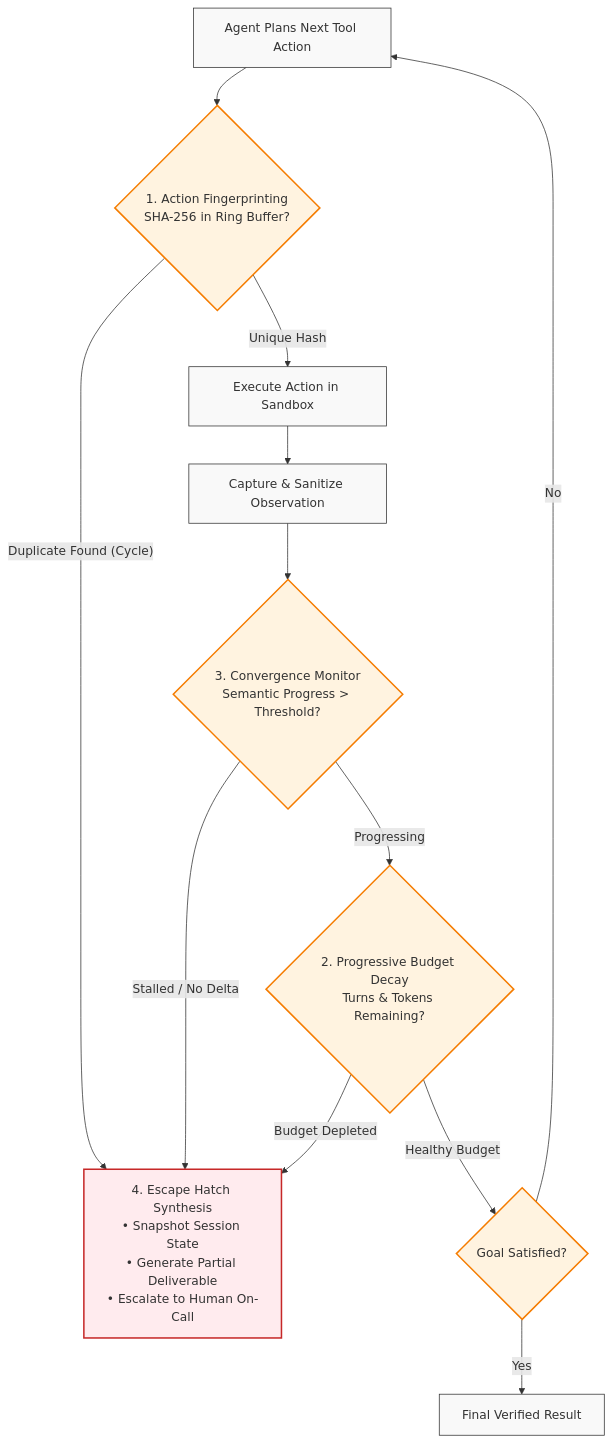
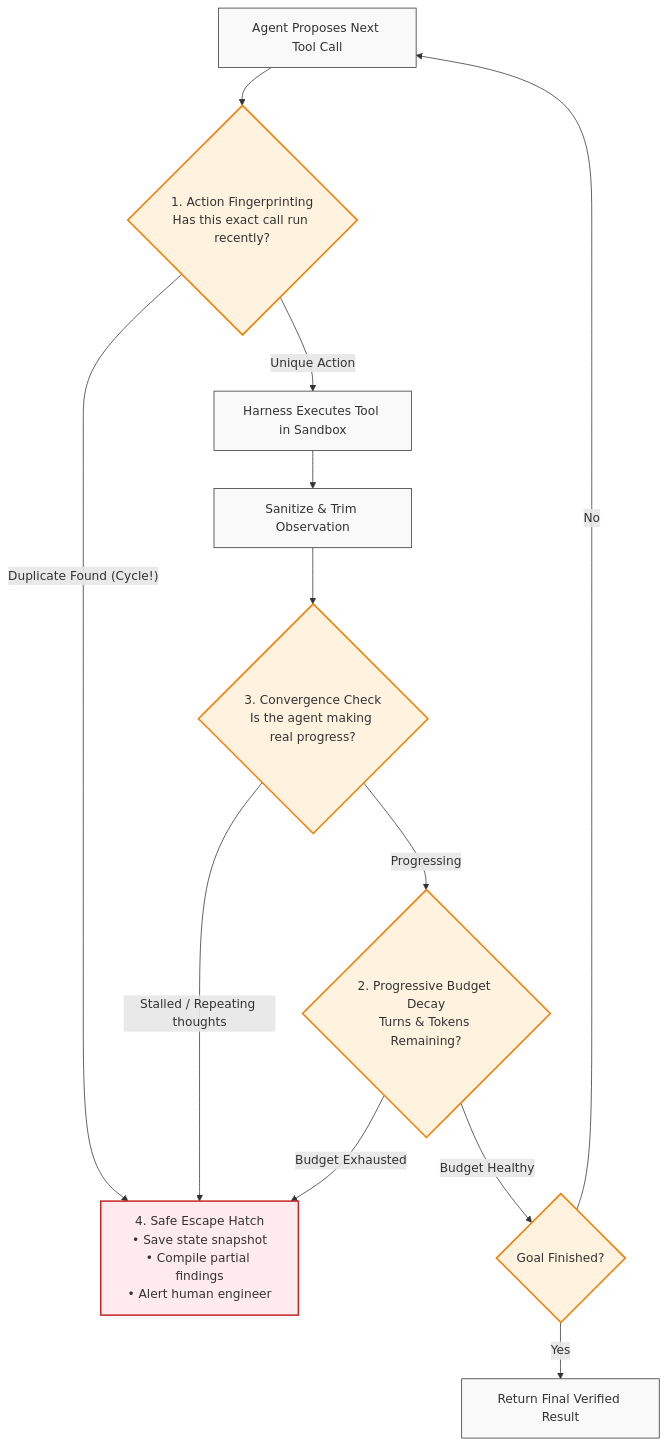
Before and after one commit to dip4k/senior-engineer-to-ai-engineer-roadmap: the fourth of 4 diagrams in 04-agentic-systems-and-orchestration/02-react-loops-and-execution-governors.md, drawn with Mermaid. The commit also changed other lines of this file and 11 other files, not shown here.

````diff
--- a/04-agentic-systems-and-orchestration/02-react-loops-and-execution-governors.md
+++ b/04-agentic-systems-and-orchestration/02-react-loops-and-execution-governors.md
@@ -194,25 +187,25 @@
 ```mermaid
 flowchart TD
     classDef gate fill:#fff3e0,stroke:#f57c00,stroke-width:2px;
     classDef step fill:#f9f9f9,stroke:#333,stroke-width:1px;
     classDef alert fill:#ffebee,stroke:#c62828,stroke-width:2px;
 
-    Start["Agent Plans Next Tool Action"]:::step --> HashCheck{"1. Action Fingerprinting\nSHA-256 in Ring Buffer?"}:::gate
+    Start["Agent Proposes Next Tool Call"]:::step --> HashCheck{"1. Action Fingerprinting\nHas this exact call run recently?"}:::gate
     
-    HashCheck -- "Duplicate Found (Cycle)" --> Escape["4. Escape Hatch Synthesis\n• Snapshot Session State\n• Generate Partial Deliverable\n• Escalate to Human On-Call"]:::alert
+    HashCheck -- "Duplicate Found (Cycle!)" --> Escape["4. Safe Escape Hatch\n• Save state snapshot\n• Compile partial findings\n• Alert human engineer"]:::alert
     
-    HashCheck -- "Unique Hash" --> Exec["Execute Action in Sandbox"]:::step
+    HashCheck -- "Unique Action" --> Exec["Harness Executes Tool in Sandbox"]:::step
     
-    Exec --> Observe["Capture & Sanitize Observation"]:::step
+    Exec --> Observe["Sanitize & Trim Observation"]:::step
     
-    Observe --> ConvergenceCheck{"3. Convergence Monitor\nSemantic Progress > Threshold?"}:::gate
+    Observe --> ConvergenceCheck{"3. Convergence Check\nIs the agent making real progress?"}:::gate
     
-    ConvergenceCheck -- "Stalled / No Delta" --> Escape
+    ConvergenceCheck -- "Stalled / Repeating thoughts" --> Escape
     ConvergenceCheck -- "Progressing" --> BudgetCheck{"2. Progressive Budget Decay\nTurns & Tokens Remaining?"}:::gate
     
-    BudgetCheck -- "Budget Depleted" --> Escape
-    BudgetCheck -- "Healthy Budget" --> CheckComplete{"Goal Satisfied?"}:::gate
+    BudgetCheck -- "Budget Exhausted" --> Escape
+    BudgetCheck -- "Budget Healthy" --> CheckDone{"Goal Finished?"}:::gate
     
-    CheckComplete -- "No" --> Start
-    CheckComplete -- "Yes" --> Terminal["Final Verified Result"]:::step
+    CheckDone -- "No" --> Start
+    CheckDone -- "Yes" --> Terminal["Return Final Verified Result"]:::step
 ```
````
